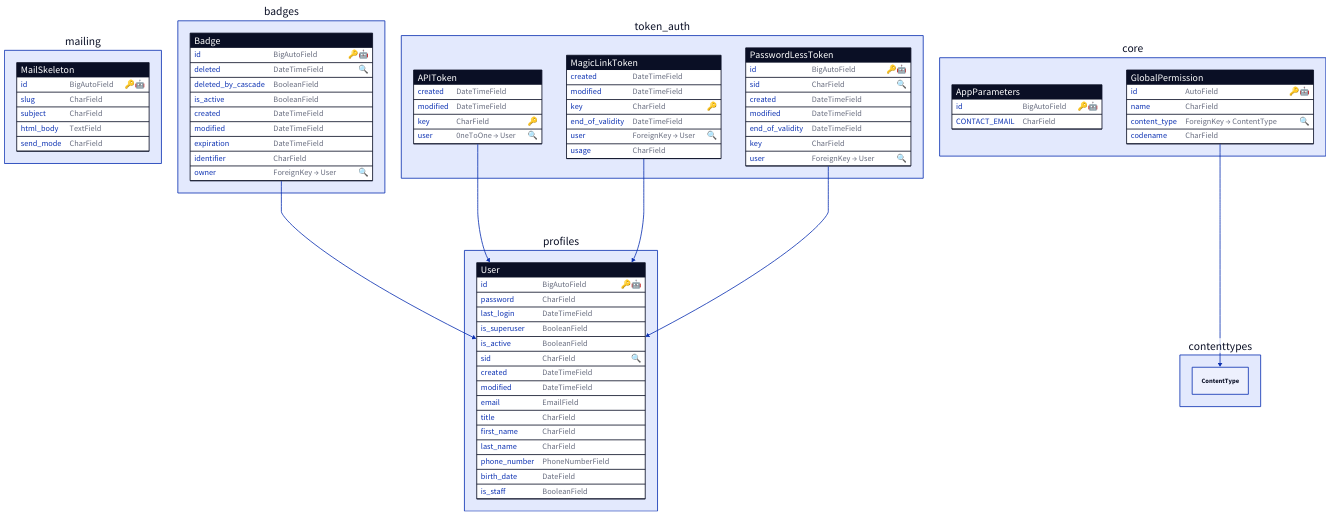
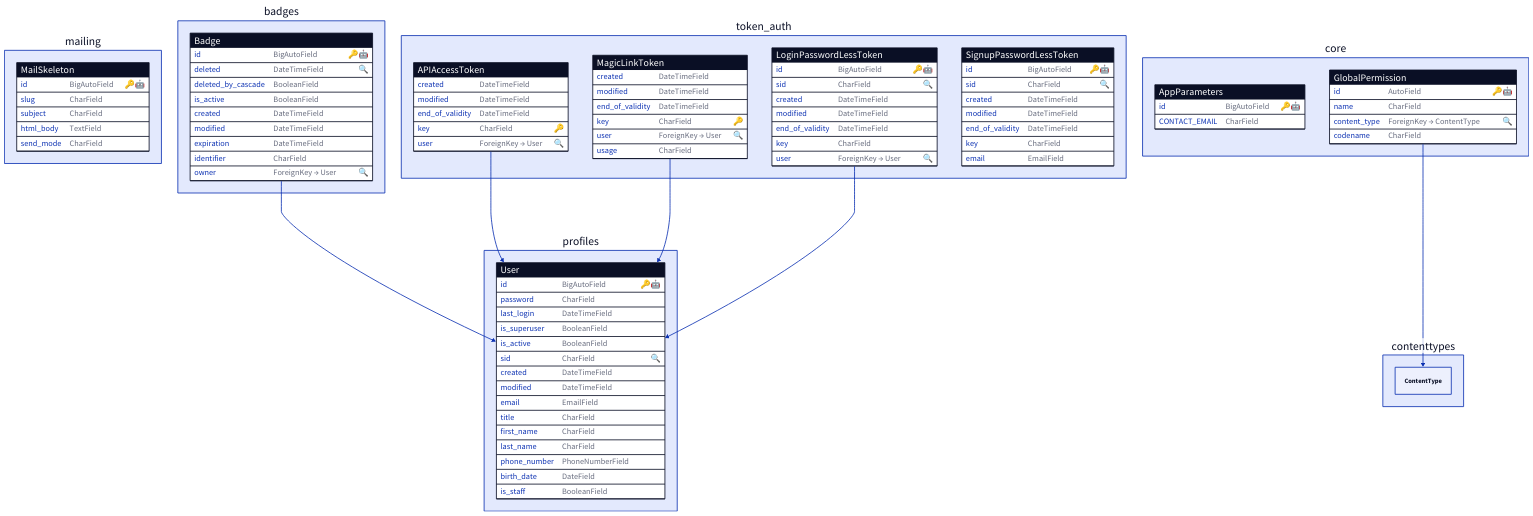
The diagram in docs/diagram.d2 (ddahan/mason-dj), drawn with D2 before and after one commit. The commit also changed 19 other files, not shown here.

Commit message:
Token auth on steroids

```diff
--- a/docs/diagram.d2
+++ b/docs/diagram.d2
@@ -1,96 +1,107 @@
 profiles: {
   User: {
     shape: sql_table
     id: BigAutoField {constraint: 🔑🤖}
     password: CharField 
     last_login: DateTimeField 
     is_superuser: BooleanField 
     is_active: BooleanField 
     sid: CharField {constraint: 🔍}
     created: DateTimeField 
     modified: DateTimeField 
     email: EmailField 
     title: CharField 
     first_name: CharField 
     last_name: CharField 
     phone_number: PhoneNumberField 
     birth_date: DateField 
     is_staff: BooleanField 
   }
   shape: rectangle
 }
 mailing: {
   MailSkeleton: {
     shape: sql_table
     id: BigAutoField {constraint: 🔑🤖}
     slug: CharField 
     subject: CharField 
     html_body: TextField 
     send_mode: CharField 
   }
   shape: rectangle
 }
 badges: {
   Badge: {
     shape: sql_table
     id: BigAutoField {constraint: 🔑🤖}
     deleted: DateTimeField {constraint: 🔍}
     deleted_by_cascade: BooleanField 
     is_active: BooleanField 
     created: DateTimeField 
     modified: DateTimeField 
     expiration: DateTimeField 
     identifier: CharField 
     owner: ForeignKey → User {constraint: 🔍}
   }
   shape: rectangle
 }
 core: {
   AppParameters: {
     shape: sql_table
     id: BigAutoField {constraint: 🔑🤖}
     CONTACT_EMAIL: CharField 
   }
   GlobalPermission: {
     shape: sql_table
     id: AutoField {constraint: 🔑🤖}
     name: CharField 
     content_type: ForeignKey → ContentType {constraint: 🔍}
     codename: CharField 
   }
   shape: rectangle
 }
 token_auth: {
-  APIToken: {
+  APIAccessToken: {
     shape: sql_table
     created: DateTimeField 
     modified: DateTimeField 
+    end_of_validity: DateTimeField 
     key: CharField {constraint: 🔑}
-    user: 0neToOne → User {constraint: 🔍}
+    user: ForeignKey → User {constraint: 🔍}
   }
   MagicLinkToken: {
     shape: sql_table
     created: DateTimeField 
     modified: DateTimeField 
+    end_of_validity: DateTimeField 
     key: CharField {constraint: 🔑}
-    end_of_validity: DateTimeField 
     user: ForeignKey → User {constraint: 🔍}
     usage: CharField 
   }
-  PasswordLessToken: {
+  LoginPasswordLessToken: {
     shape: sql_table
     id: BigAutoField {constraint: 🔑🤖}
     sid: CharField {constraint: 🔍}
     created: DateTimeField 
     modified: DateTimeField 
     end_of_validity: DateTimeField 
     key: CharField 
     user: ForeignKey → User {constraint: 🔍}
   }
+  SignupPasswordLessToken: {
+    shape: sql_table
+    id: BigAutoField {constraint: 🔑🤖}
+    sid: CharField {constraint: 🔍}
+    created: DateTimeField 
+    modified: DateTimeField 
+    end_of_validity: DateTimeField 
+    key: CharField 
+    email: EmailField 
+  }
   shape: rectangle
 }
 badges.Badge -> profiles.User
 core.GlobalPermission -> contenttypes.ContentType
-token_auth.APIToken -> profiles.User
+token_auth.APIAccessToken -> profiles.User
 token_auth.MagicLinkToken -> profiles.User
-token_auth.PasswordLessToken -> profiles.User
+token_auth.LoginPasswordLessToken -> profiles.User
```
